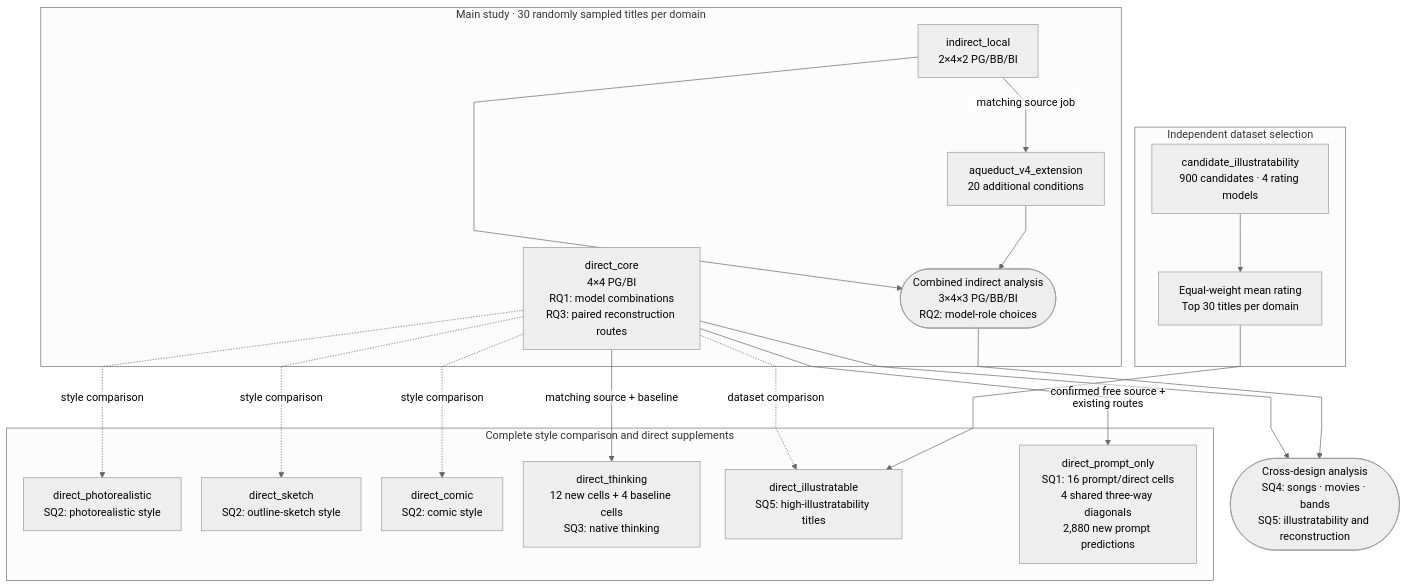
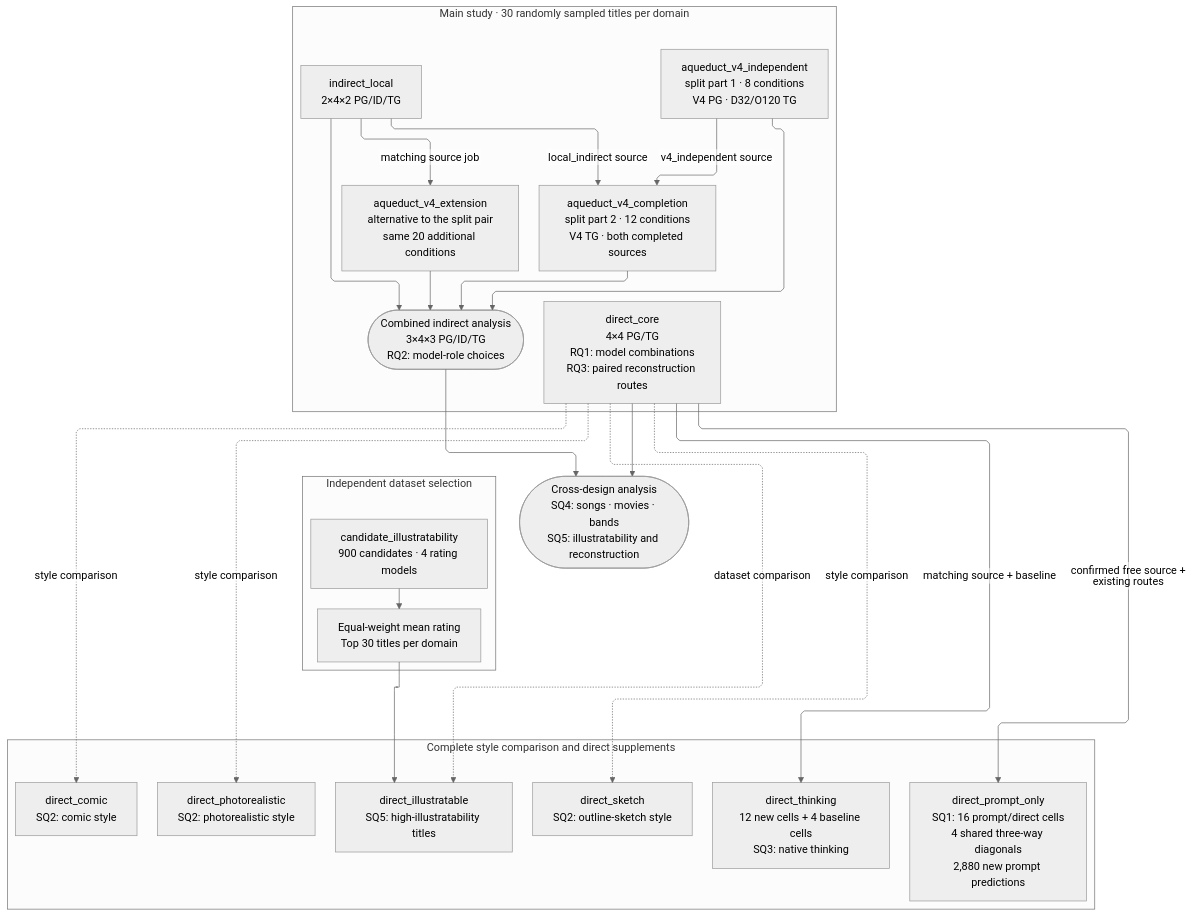
One commit to Michaelelelel/semantic_roundtrip changed the diagram in diagrams/study_jobs.mmd. Above: the diagram before and after it, drawn with Mermaid. The commit also changed 105 other files, not shown here.

Commit message:
fix: split aqueduct job into 2 -> edit some md files and old files

```diff
--- a/diagrams/study_jobs.mmd
+++ b/diagrams/study_jobs.mmd
@@ -1,48 +1,55 @@
 ---
 config:
   theme: neutral
+  layout: elk
   fontFamily: Arial, sans-serif
   flowchart:
     curve: linear
     nodeSpacing: 30
     rankSpacing: 50
     htmlLabels: false
   themeVariables:
     fontFamily: Arial, sans-serif
 ---
 flowchart TB
     %% Edit in any Mermaid editor; render to SVG before using it outside Markdown.
     subgraph MAIN["Main study · 30 randomly sampled titles per domain"]
-        DIRECT["direct_core<br/>4×4 PG/BI<br/>RQ1: model combinations<br/>RQ3: paired reconstruction routes"]
-        LOCAL["indirect_local<br/>2×4×2 PG/BB/BI"]
-        AQUEDUCT["aqueduct_v4_extension<br/>20 additional conditions"]
-        INDIRECT(["Combined indirect analysis<br/>3×4×3 PG/BB/BI<br/>RQ2: model-role choices"])
+        DIRECT["direct_core<br/>4×4 PG/TG<br/>RQ1: model combinations<br/>RQ3: paired reconstruction routes"]
+        LOCAL["indirect_local<br/>2×4×2 PG/ID/TG"]
+        V4_INDEPENDENT["aqueduct_v4_independent<br/>split part 1 · 8 conditions<br/>V4 PG · D32/O120 TG"]
+        V4_COMPLETION["aqueduct_v4_completion<br/>split part 2 · 12 conditions<br/>V4 TG · both completed sources"]
+        AQUEDUCT["aqueduct_v4_extension<br/>alternative to the split pair<br/>same 20 additional conditions"]
+        INDIRECT(["Combined indirect analysis<br/>3×4×3 PG/ID/TG<br/>RQ2: model-role choices"])
     end
 
     subgraph SUPPLEMENTS["Complete style comparison and direct supplements"]
         PHOTO["direct_photorealistic<br/>SQ2: photorealistic style"]
         SKETCH["direct_sketch<br/>SQ2: outline-sketch style"]
         COMIC["direct_comic<br/>SQ2: comic style"]
         THINKING["direct_thinking<br/>12 new cells + 4 baseline cells<br/>SQ3: native thinking"]
         SELECTED["direct_illustratable<br/>SQ5: high-illustratability titles"]
         PROMPT["direct_prompt_only<br/>SQ1: 16 prompt/direct cells<br/>4 shared three-way diagonals<br/>2,880 new prompt predictions"]
     end
 
     subgraph SELECTION["Independent dataset selection"]
         RATINGS["candidate_illustratability<br/>900 candidates · 4 rating models"]
         DATASET["Equal-weight mean rating<br/>Top 30 titles per domain"]
     end
 
     LOCAL -->|matching source job| AQUEDUCT
+    LOCAL -->|local_indirect source| V4_COMPLETION
+    V4_INDEPENDENT -->|v4_independent source| V4_COMPLETION
     LOCAL --> INDIRECT
     AQUEDUCT --> INDIRECT
+    V4_INDEPENDENT --> INDIRECT
+    V4_COMPLETION --> INDIRECT
     RATINGS --> DATASET
     DIRECT -. style comparison .-> PHOTO
     DIRECT -. style comparison .-> SKETCH
     DIRECT -. style comparison .-> COMIC
     DIRECT -->|matching source + baseline| THINKING
     DIRECT -->|confirmed free source + existing routes| PROMPT
     DIRECT -. dataset comparison .-> SELECTED
     DATASET --> SELECTED
     DIRECT --> CROSS(["Cross-design analysis<br/>SQ4: songs · movies · bands<br/>SQ5: illustratability and reconstruction"])
     INDIRECT --> CROSS
```
